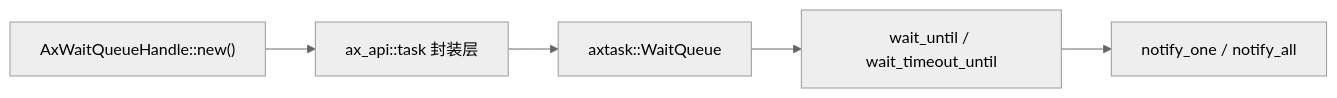
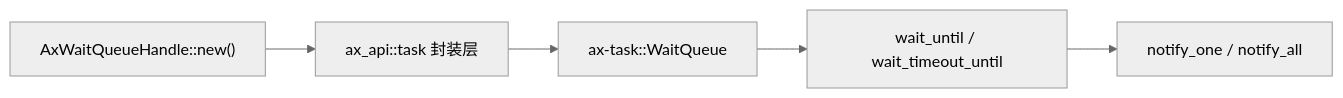
One commit to zKurisu/tgoskits changed the first of 2 diagrams in docs/crates/arceos-wait-queue.md. Above: the diagram before and after it, drawn with Mermaid (neutral theme). The commit also changed other lines of this file and 133 other files, not shown here.

Commit message:
rename axtask to ax-task

````diff
--- a/docs/crates/arceos-wait-queue.md
+++ b/docs/crates/arceos-wait-queue.md
@@ -25,7 +25,7 @@
 ```mermaid
 flowchart LR
     A["AxWaitQueueHandle::new()"] --> B["ax_api::task 封装层"]
-    B --> C["axtask::WaitQueue"]
+    B --> C["ax-task::WaitQueue"]
     C --> D["wait_until / wait_timeout_until"]
     D --> E["notify_one / notify_all"]
 ```
````
